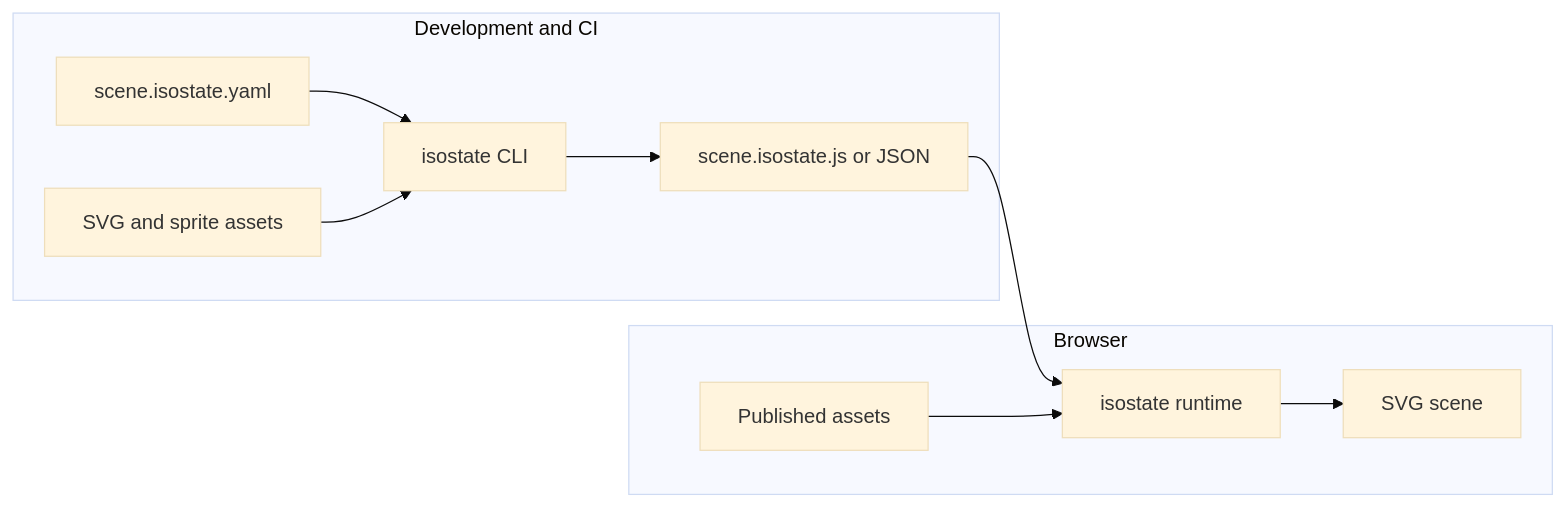
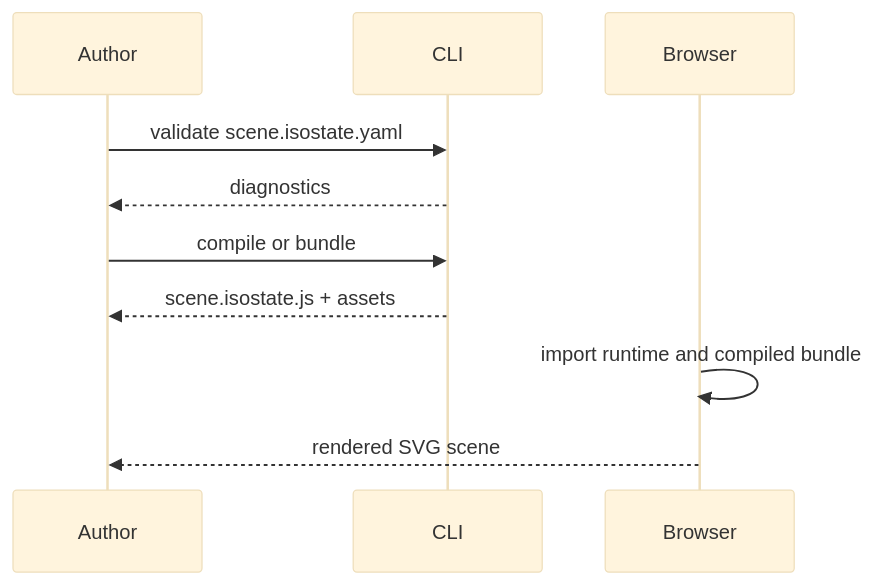
Before and after one commit to sebastianwessel/isostate: the second of 2 diagrams in docs/README.md, drawn with Mermaid (base theme). The commit also changed other lines of this file and 15 other files, not shown here.

````diff
--- a/docs/README.md
+++ b/docs/README.md
@@ -47,13 +69,13 @@
 ```mermaid
-flowchart LR
-  subgraph DevTime [Development and CI]
-    YAML[scene.isostate.yaml] --> CLI[isostate CLI]
-    CLI --> Bundle[scene.isostate.js or JSON]
-    Assets[SVG and sprite assets] --> CLI
-  end
-  subgraph Browser [Browser]
-    Runtime[isostate runtime] --> SVG[SVG scene]
-    Bundle --> Runtime
-    CopiedAssets[Published assets] --> Runtime
-  end
+sequenceDiagram
+  participant Author
+  participant CLI
+  participant Browser
+
+  Author->>CLI: validate scene.isostate.yaml
+  CLI-->>Author: diagnostics
+  Author->>CLI: compile or bundle
+  CLI-->>Author: scene.isostate.js + assets
+  Browser->>Browser: import runtime and compiled bundle
+  Browser-->>Author: rendered SVG scene
 ```
````
